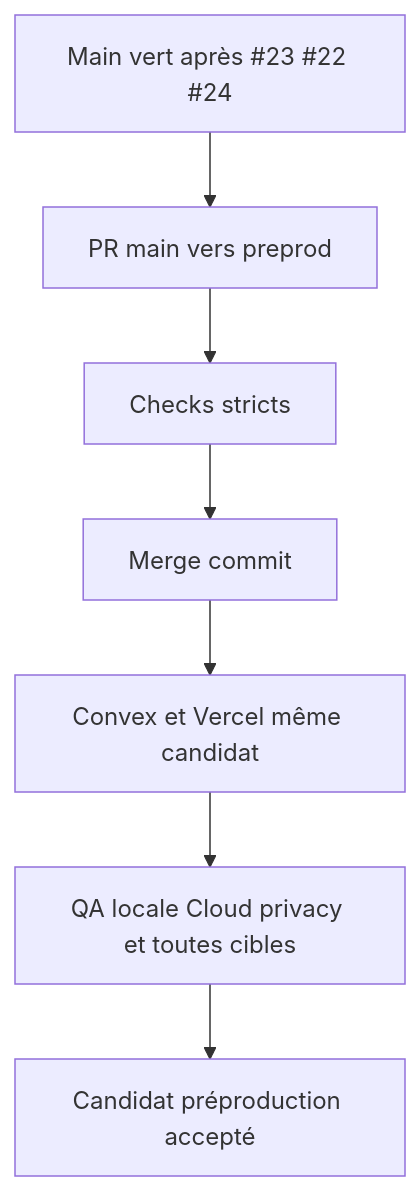
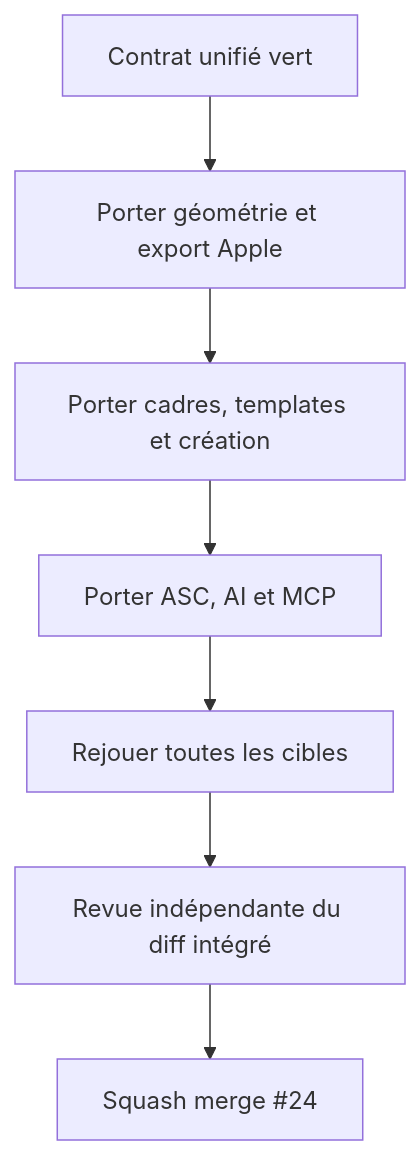
Before and after one commit to neogenz/screenforge: the first of 2 diagrams in aidd_docs/tasks/2026_08/2026_08_22_integrate-open-pull-requests/phase-6.md, drawn with Mermaid. The commit also changed other lines of this file and 8 other files, not shown here.

````diff
--- a/aidd_docs/tasks/2026_08/2026_08_22_integrate-open-pull-requests/phase-6.md
+++ b/aidd_docs/tasks/2026_08/2026_08_22_integrate-open-pull-requests/phase-6.md
@@ -19,9 +39,9 @@
 ```mermaid
 flowchart TD
-  A[Main vert après #23 #22 #24] --> B[PR main vers preprod]
-  B --> C[Checks stricts]
-  C --> D[Merge commit]
-  D --> E[Convex et Vercel même candidat]
-  E --> F[QA locale Cloud privacy et toutes cibles]
-  F --> G[Candidat préproduction accepté]
+  A[Contrat unifié vert] --> B[Porter géométrie et export Apple]
+  B --> C[Porter cadres, templates et création]
+  C --> D[Porter ASC, AI et MCP]
+  D --> E[Rejouer toutes les cibles]
+  E --> F[Revue indépendante du diff intégré]
+  F --> G[Squash merge #24]
 ```
````
